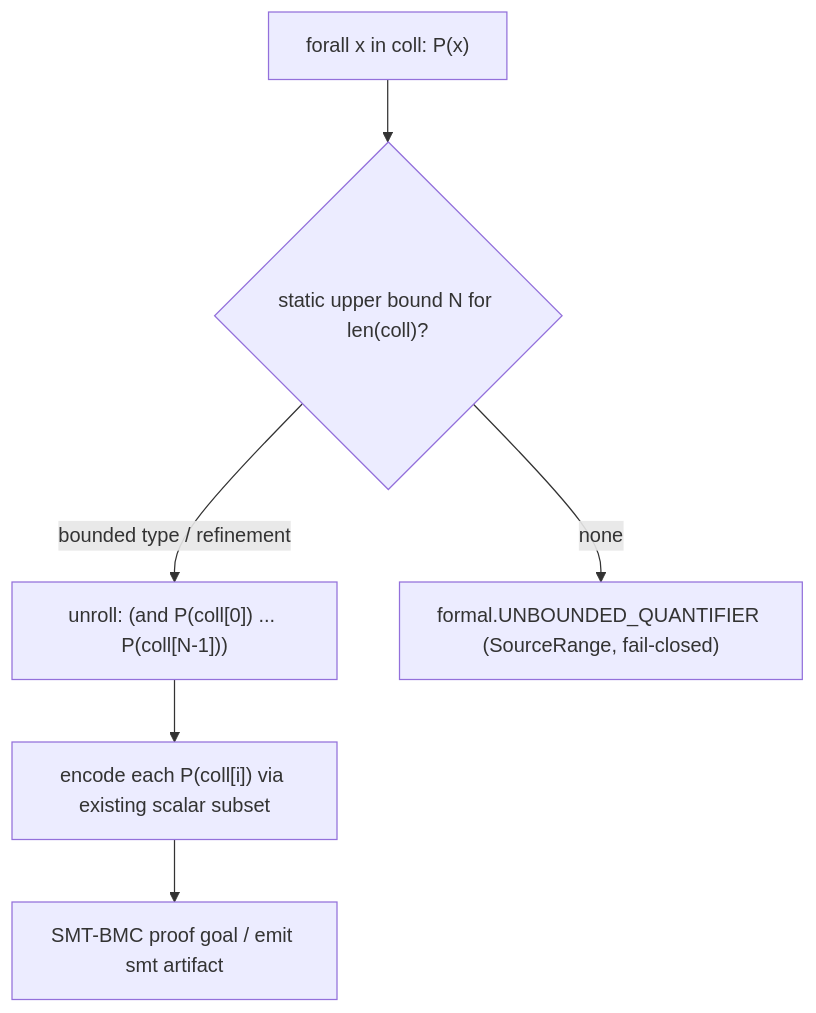
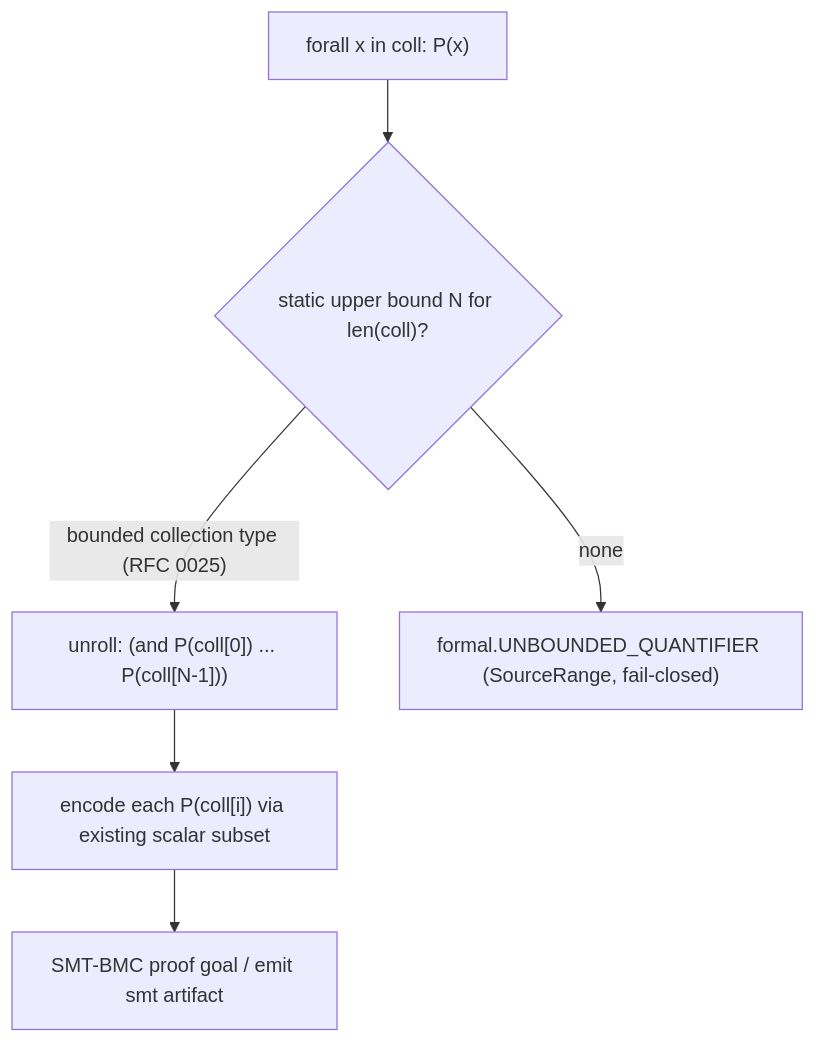
Before and after one commit to Zzzode/AHFL: the diagram in docs/rfcs/0024-bounded-collection-quantification.zh.md, drawn with Mermaid. The commit also changed other lines of this file and 2 other files, not shown here.

First line of the commit message:
docs(rfcs): add RFC 0025 Bounded Collection Types (RFC 0024 bound-source prereq)

````diff
--- a/docs/rfcs/0024-bounded-collection-quantification.zh.md
+++ b/docs/rfcs/0024-bounded-collection-quantification.zh.md
@@ -121,8 +121,8 @@
 ```mermaid
 flowchart TD
     Clause["forall x in coll: P(x)"] --> Bound{"static upper bound N for len(coll)?"}
-    Bound -->|"bounded type / refinement"| Unroll["unroll: (and P(coll[0]) ... P(coll[N-1]))"]
+    Bound -->|"bounded collection type (RFC 0025)"| Unroll["unroll: (and P(coll[0]) ... P(coll[N-1]))"]
     Bound -->|"none"| Reject["formal.UNBOUNDED_QUANTIFIER (SourceRange, fail-closed)"]
     Unroll --> Encode["encode each P(coll[i]) via existing scalar subset"]
     Encode --> BMC["SMT-BMC proof goal / emit smt artifact"]
 ```
````
